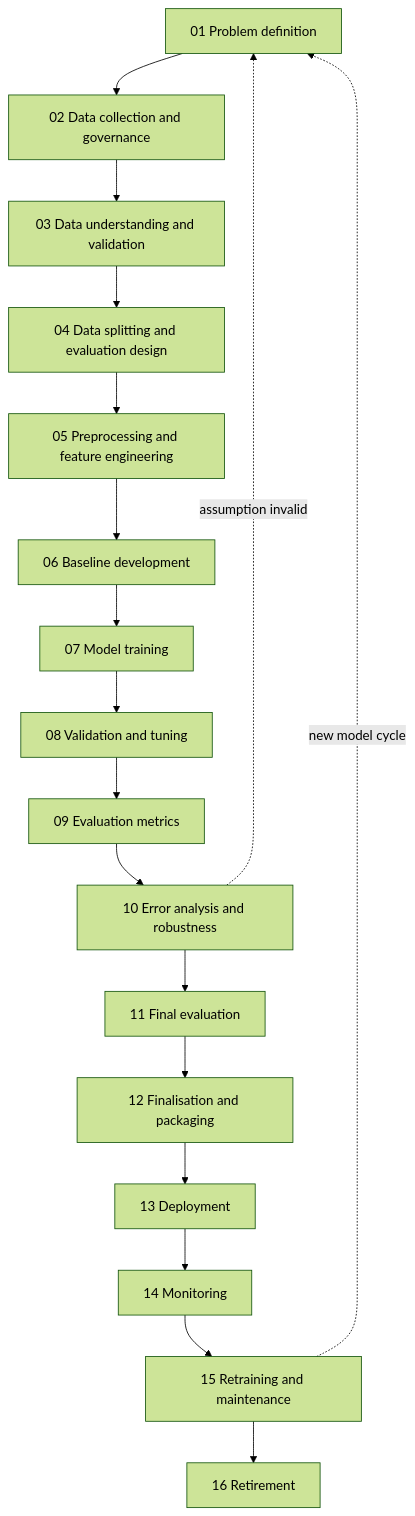
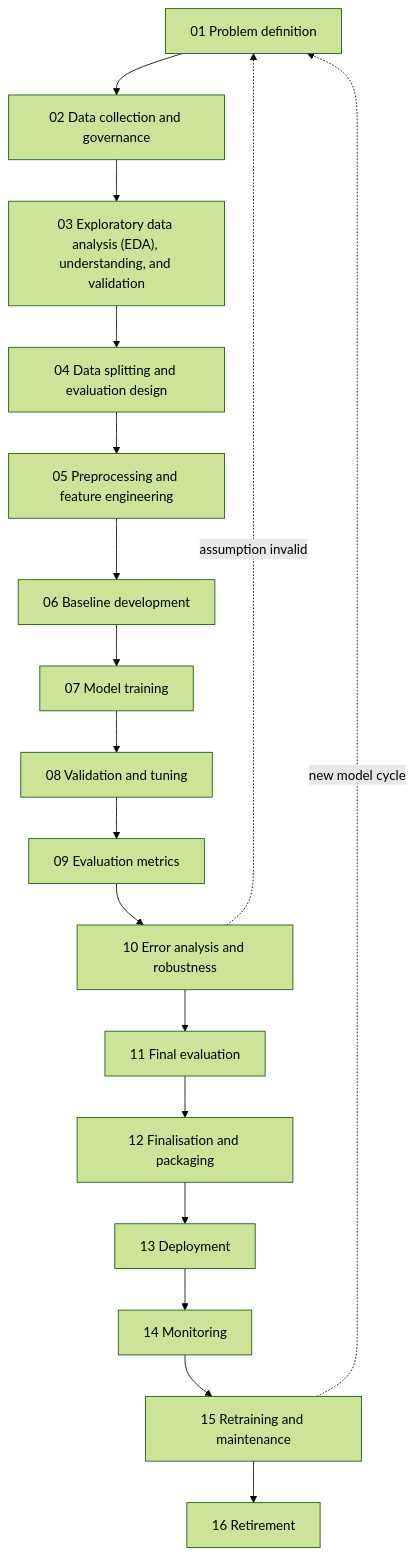
One commit to s4126139/machine-learning changed the first of 2 diagrams in Machine Learning tổng/machine_learning_lifecycle_phases/README.md. Above: the diagram before and after it, drawn with Mermaid (forest theme). The commit also changed other lines of this file and 4 other files, not shown here.

````diff
--- a/Machine Learning tổng/machine_learning_lifecycle_phases/README.md
+++ b/Machine Learning tổng/machine_learning_lifecycle_phases/README.md
@@ -23,20 +23,20 @@
 ```mermaid
 flowchart TD
     P01["01 Problem definition"] --> P02["02 Data collection and governance"]
-    P02 --> P03["03 Data understanding and validation"]
+    P02 --> P03["03 Exploratory data analysis (EDA), understanding, and validation"]
     P03 --> P04["04 Data splitting and evaluation design"]
     P04 --> P05["05 Preprocessing and feature engineering"]
     P05 --> P06["06 Baseline development"]
     P06 --> P07["07 Model training"]
     P07 --> P08["08 Validation and tuning"]
     P08 --> P09["09 Evaluation metrics"]
     P09 --> P10["10 Error analysis and robustness"]
     P10 --> P11["11 Final evaluation"]
     P11 --> P12["12 Finalisation and packaging"]
     P12 --> P13["13 Deployment"]
     P13 --> P14["14 Monitoring"]
     P14 --> P15["15 Retraining and maintenance"]
     P15 --> P16["16 Retirement"]
     P15 -. "new model cycle" .-> P01
     P10 -. "assumption invalid" .-> P01
 ```
````
